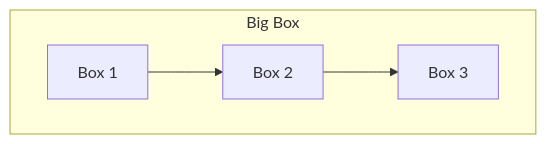
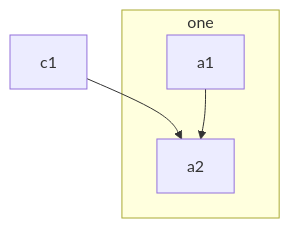
Before and after one commit to tobyscott25/blog: the third of 3 diagrams in content/posts/deploying-with-docker/index.md, drawn with Mermaid. The commit also changed other lines of this file, not shown here.

````diff
--- a/content/posts/deploying-with-docker/index.md
+++ b/content/posts/deploying-with-docker/index.md
@@ -52,12 +93,7 @@
 ```mermaid
-graph TB
-
-subgraph A [Big Box]
-    B[Box 1]
-    C[Box 2]
-    D[Box 3]
-end
-
-B --> C
-C --> D
+flowchart TB
+    c1-->a2
+    subgraph ide1 [one]
+    a1-->a2
+    end
 ```
````
